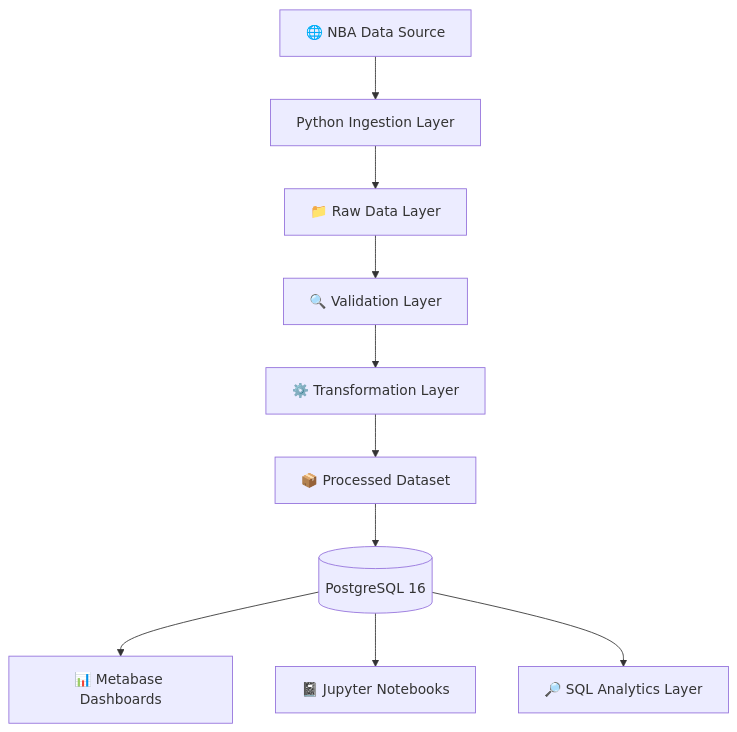
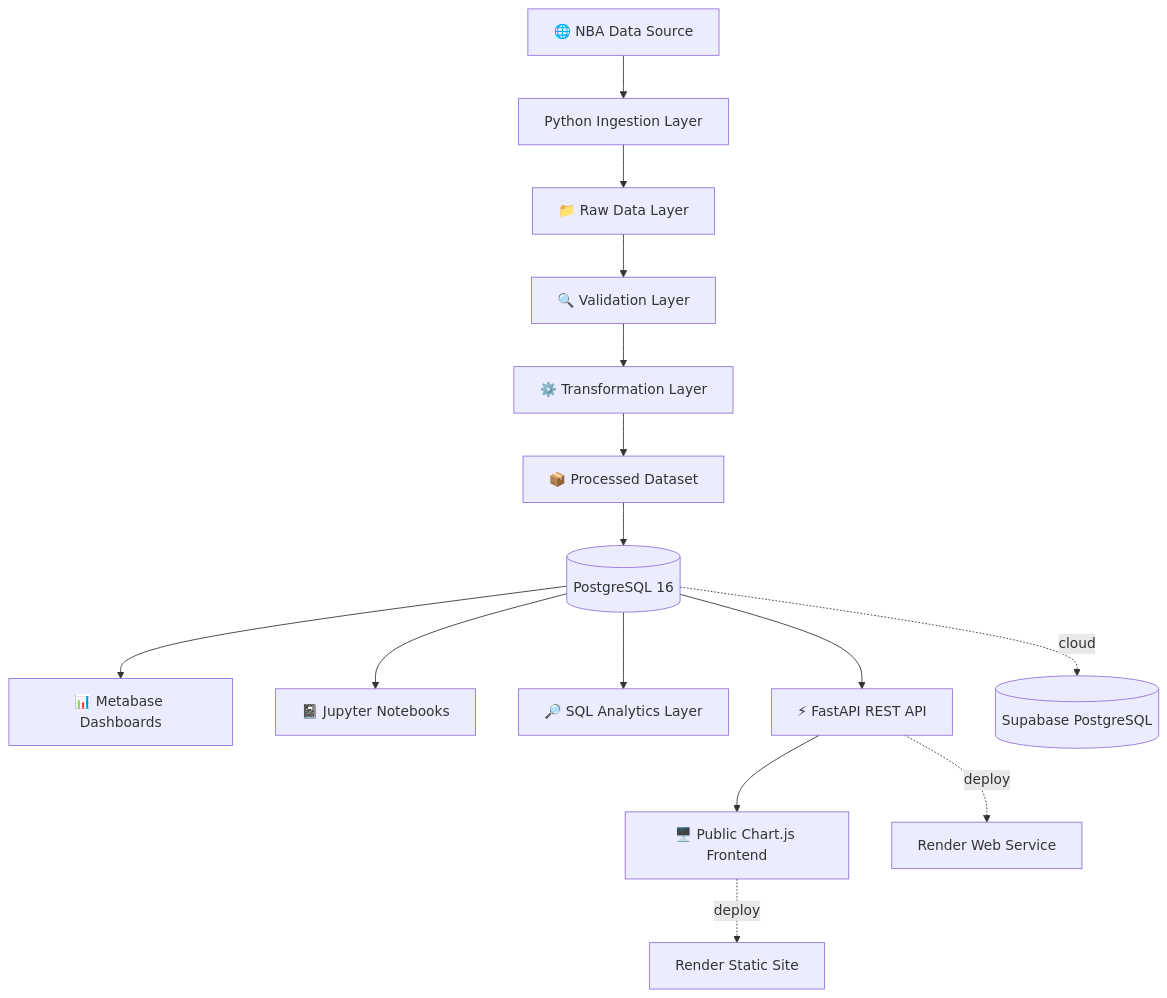
Before and after one commit to GuilhermePires21890/nba-data-platform-reconstruction: the second of 2 diagrams in README.md, drawn with Mermaid. The commit also changed other lines of this file, not shown here.

Commit message:
docs: synchronize roadmap, ADRs, QA and security status

````diff
--- a/README.md
+++ b/README.md
@@ -62,12 +75,17 @@
 ```mermaid
 flowchart TD
     A[🌐 NBA Data Source] --> B[Python Ingestion Layer]
     B --> C[📁 Raw Data Layer]
     C --> D[🔍 Validation Layer]
     D --> E[⚙️ Transformation Layer]
     E --> F[📦 Processed Dataset]
     F --> G[(PostgreSQL 16)]
     G --> H[📊 Metabase Dashboards]
     G --> I[📓 Jupyter Notebooks]
     G --> J[🔎 SQL Analytics Layer]
+    G --> K[⚡ FastAPI REST API]
+    K --> L[🖥️ Public Chart.js Frontend]
+    G -. cloud .-> M[(Supabase PostgreSQL)]
+    K -. deploy .-> N[Render Web Service]
+    L -. deploy .-> O[Render Static Site]
 ```
````
